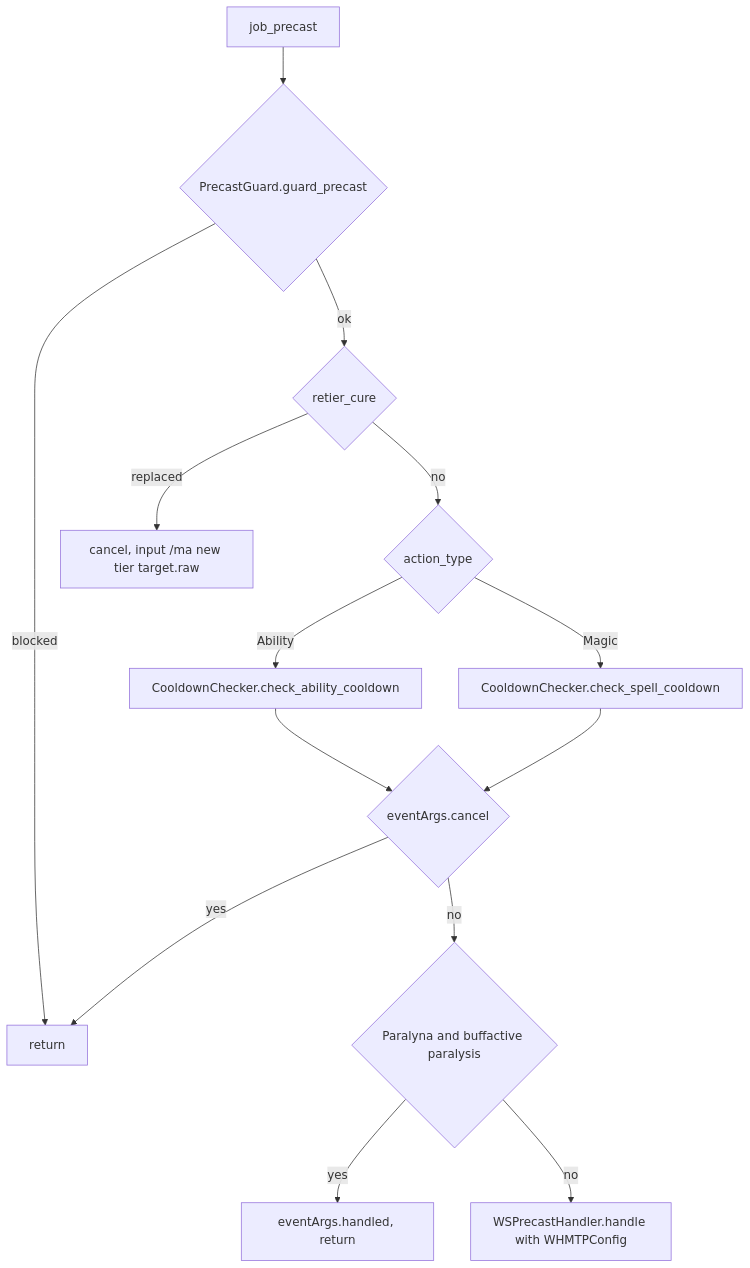
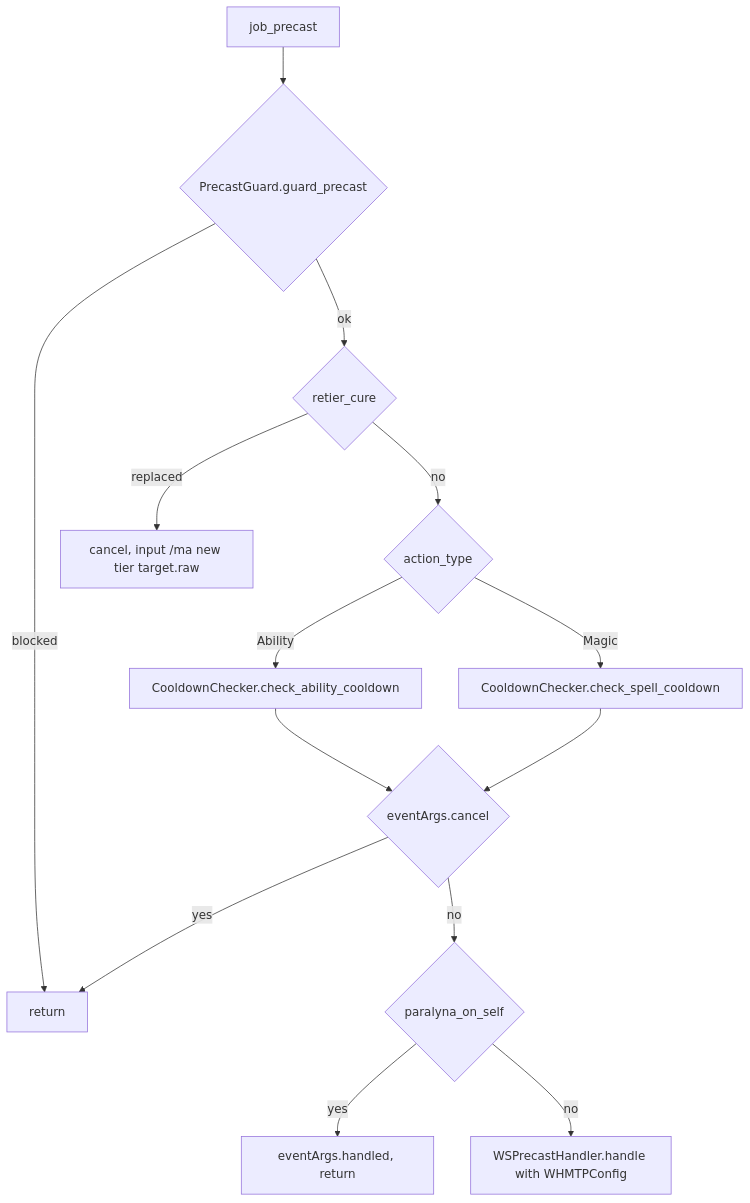
The first of 2 diagrams in docs/dev/jobs/whm.md (ejouanchicot/Gearswap), drawn with Mermaid before and after one commit. The commit also changed other lines of this file and 8 other files, not shown here.

````diff
--- a/docs/dev/jobs/whm.md
+++ b/docs/dev/jobs/whm.md
@@ -103,16 +100,16 @@
 ```mermaid
 flowchart TD
     A[job_precast] --> G{PrecastGuard.guard_precast}
     G -- blocked --> Z[return]
     G -- ok --> R{retier_cure}
     R -- replaced --> Z2[cancel, input /ma new tier target.raw]
     R -- no --> C{action_type}
     C -- Ability --> CA[CooldownChecker.check_ability_cooldown]
     C -- Magic --> CS[CooldownChecker.check_spell_cooldown]
     CA --> X{eventArgs.cancel}
     CS --> X
     X -- yes --> Z
-    X -- no --> P{Paralyna and buffactive paralysis}
+    X -- no --> P{paralyna_on_self}
     P -- yes --> H[eventArgs.handled, return]
     P -- no --> W[WSPrecastHandler.handle with WHMTPConfig]
 ```
````
